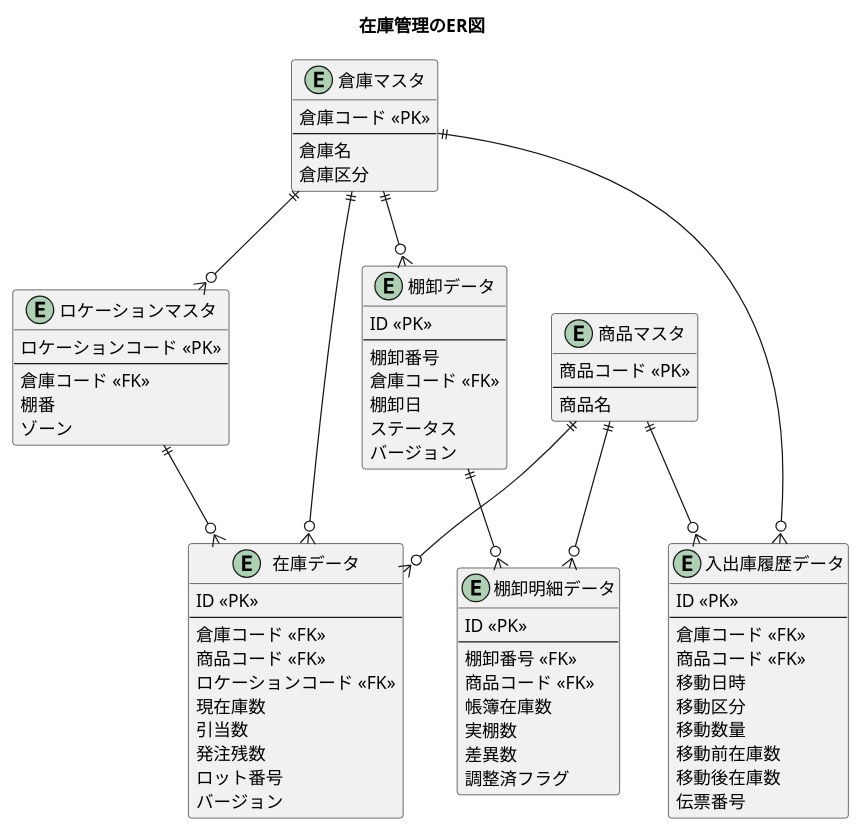
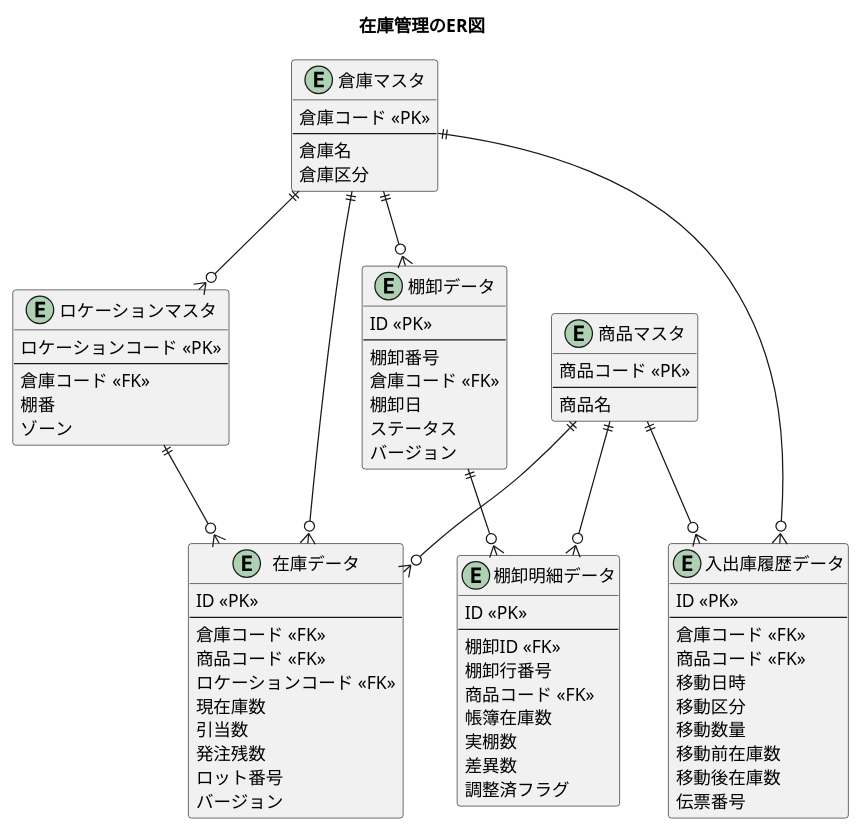
The tenth of 10 diagrams in docs/article/part2/chapter09.md (k2works/practical-database-design), drawn with PlantUML before and after one commit. The commit also changed other lines of this file and 4 other files, not shown here.

```diff
--- a/docs/article/part2/chapter09.md
+++ b/docs/article/part2/chapter09.md
@@ -2003,7 +2000,8 @@
 entity 棚卸明細データ {
   ID <<PK>>
   --
-  棚卸番号 <<FK>>
+  棚卸ID <<FK>>
+  棚卸行番号
   商品コード <<FK>>
   帳簿在庫数
   実棚数
```
